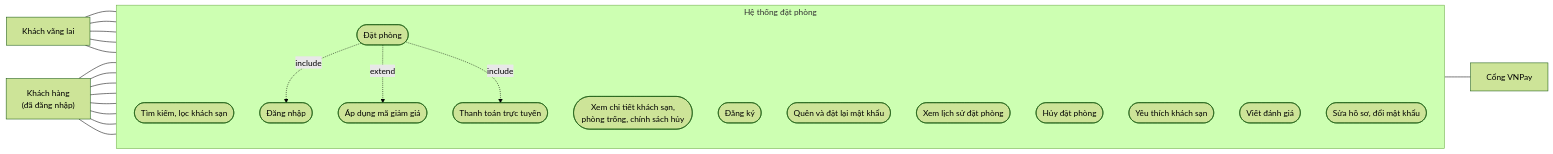
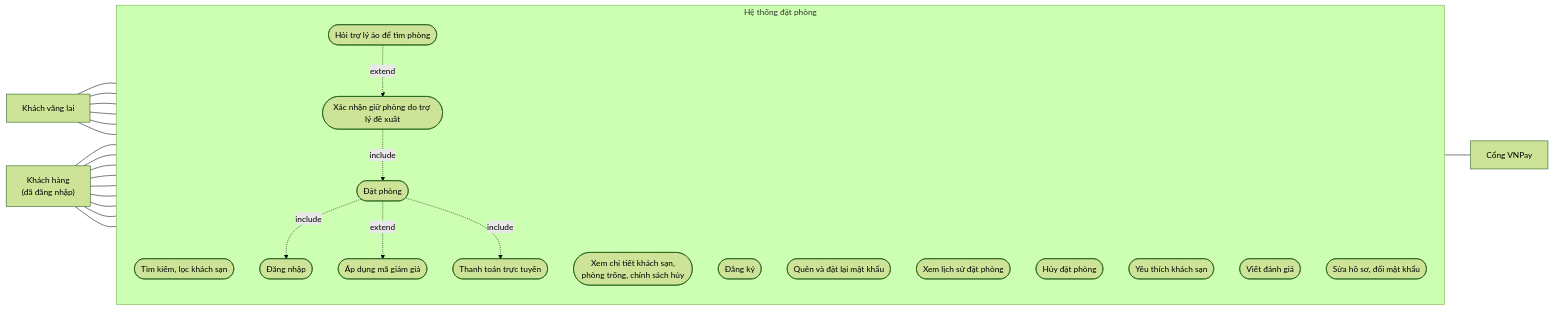
The second of 11 diagrams in docs/SO_DO_BAO_CAO.md (ongtrumphuong/TTTN_Booking_Hotel), drawn with Mermaid (forest theme) before and after one commit. The commit also changed other lines of this file and 29 other files, not shown here.

````diff
--- a/docs/SO_DO_BAO_CAO.md
+++ b/docs/SO_DO_BAO_CAO.md
@@ -39,30 +40,34 @@
 ```mermaid
 flowchart LR
   KV["Khách vãng lai"]
   KH["Khách hàng<br/>(đã đăng nhập)"]
   VN["Cổng VNPay"]
 
   subgraph HT ["Hệ thống đặt phòng"]
     direction TB
     UC1(["Tìm kiếm, lọc khách sạn"])
     UC2(["Xem chi tiết khách sạn,<br/>phòng trống, chính sách hủy"])
     UC3(["Đăng ký"])
     UC4(["Đăng nhập"])
     UC5(["Quên và đặt lại mật khẩu"])
     UC6(["Đặt phòng"])
     UC7(["Áp dụng mã giảm giá"])
     UC8(["Thanh toán trực tuyến"])
     UC9(["Xem lịch sử đặt phòng"])
     UC10(["Hủy đặt phòng"])
     UC11(["Yêu thích khách sạn"])
     UC12(["Viết đánh giá"])
     UC13(["Sửa hồ sơ, đổi mật khẩu"])
+    UC27(["Hỏi trợ lý ảo để tìm phòng"])
+    UC28(["Xác nhận giữ phòng do trợ lý đề xuất"])
   end
 
-  KV --- UC1 & UC2 & UC3 & UC4 & UC5
-  KH --- UC1 & UC2 & UC6 & UC9 & UC10 & UC11 & UC12 & UC13
+  KV --- UC1 & UC2 & UC3 & UC4 & UC5 & UC27
+  KH --- UC1 & UC2 & UC6 & UC9 & UC10 & UC11 & UC12 & UC13 & UC27
   UC6 -. "include" .-> UC4
   UC6 -. "extend" .-> UC7
   UC6 -. "include" .-> UC8
+  UC27 -. "extend" .-> UC28
+  UC28 -. "include" .-> UC6
   UC8 --- VN
 ```
````
